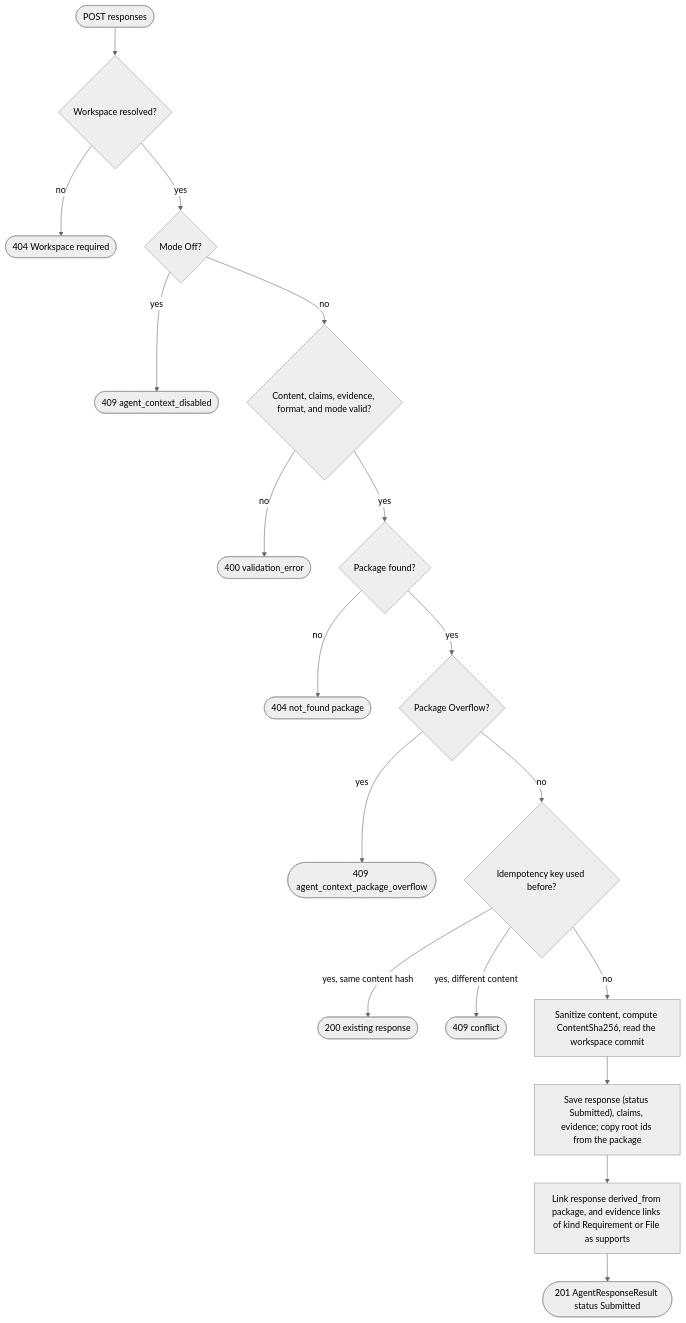
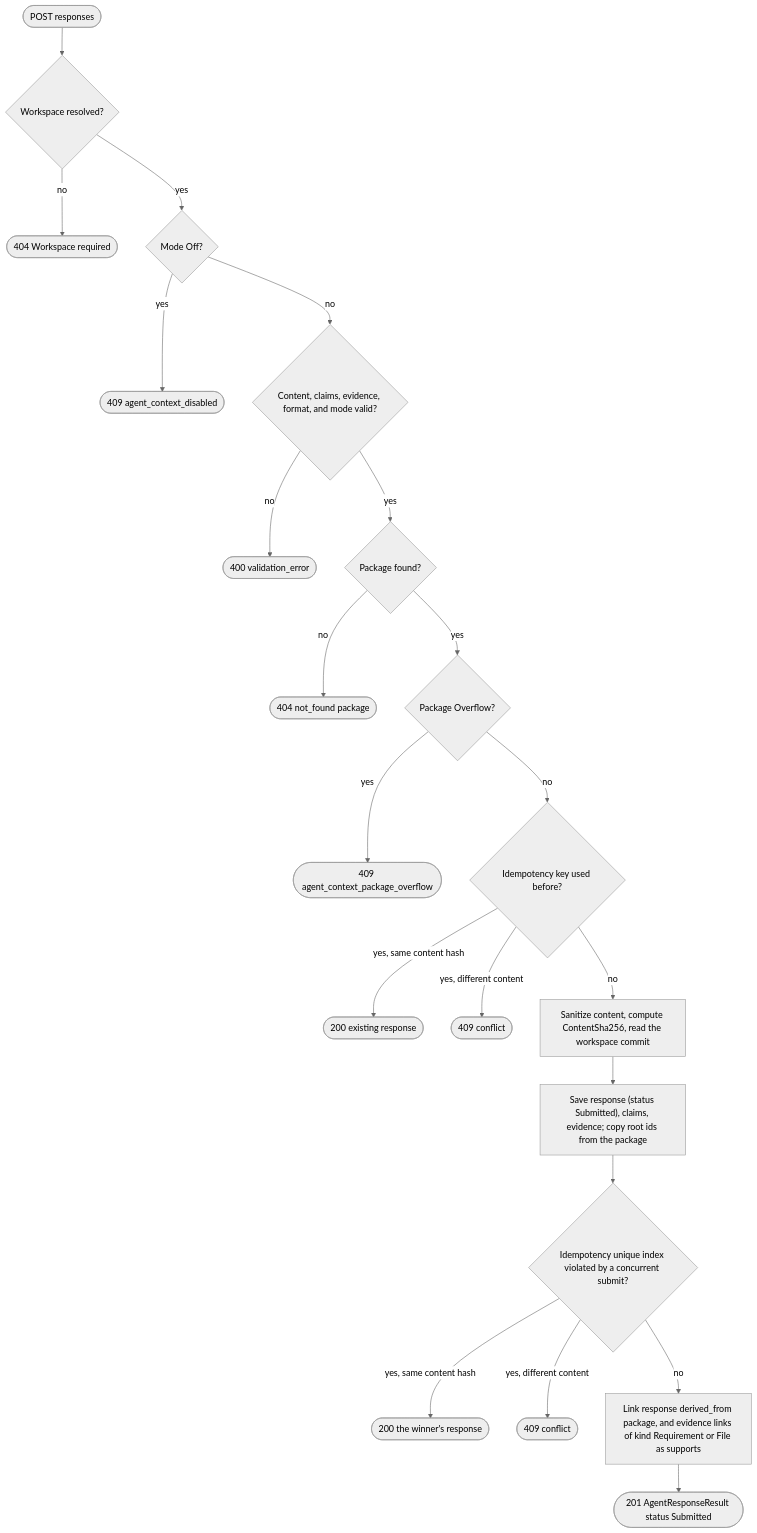
The eighth of 49 diagrams in docs/Stateless-Agent-Context-Management.md (sharpninja/McpServer), drawn with Mermaid (neutral theme) before and after one commit. The commit also changed other lines of this file and 2 other files, not shown here.

````diff
--- a/docs/Stateless-Agent-Context-Management.md
+++ b/docs/Stateless-Agent-Context-Management.md
@@ -361,20 +381,23 @@
 ```mermaid
 flowchart TD
     S(["POST responses"]) --> W{"Workspace resolved?"}
     W -->|no| E0(["404 Workspace required"])
     W -->|yes| MO{"Mode Off?"}
     MO -->|yes| E1(["409 agent_context_disabled"])
     MO -->|no| V{"Content, claims, evidence, format, and mode valid?"}
     V -->|no| E2(["400 validation_error"])
     V -->|yes| P{"Package found?"}
     P -->|no| E3(["404 not_found package"])
     P -->|yes| OV{"Package Overflow?"}
     OV -->|yes| E4(["409 agent_context_package_overflow"])
     OV -->|no| ID{"Idempotency key used before?"}
     ID -->|yes, same content hash| EX(["200 existing response"])
     ID -->|yes, different content| E5(["409 conflict"])
     ID -->|no| SAN["Sanitize content, compute ContentSha256, read the workspace commit"]
     SAN --> SV["Save response (status Submitted), claims, evidence; copy root ids from the package"]
-    SV --> REL["Link response derived_from package, and evidence links of kind Requirement or File as supports"]
+    SV --> RACE{"Idempotency unique index violated by a concurrent submit?"}
+    RACE -->|yes, same content hash| EX2(["200 the winner's response"])
+    RACE -->|yes, different content| E6(["409 conflict"])
+    RACE -->|no| REL["Link response derived_from package, and evidence links of kind Requirement or File as supports"]
     REL --> OK(["201 AgentResponseResult status Submitted"])
 ```
````
